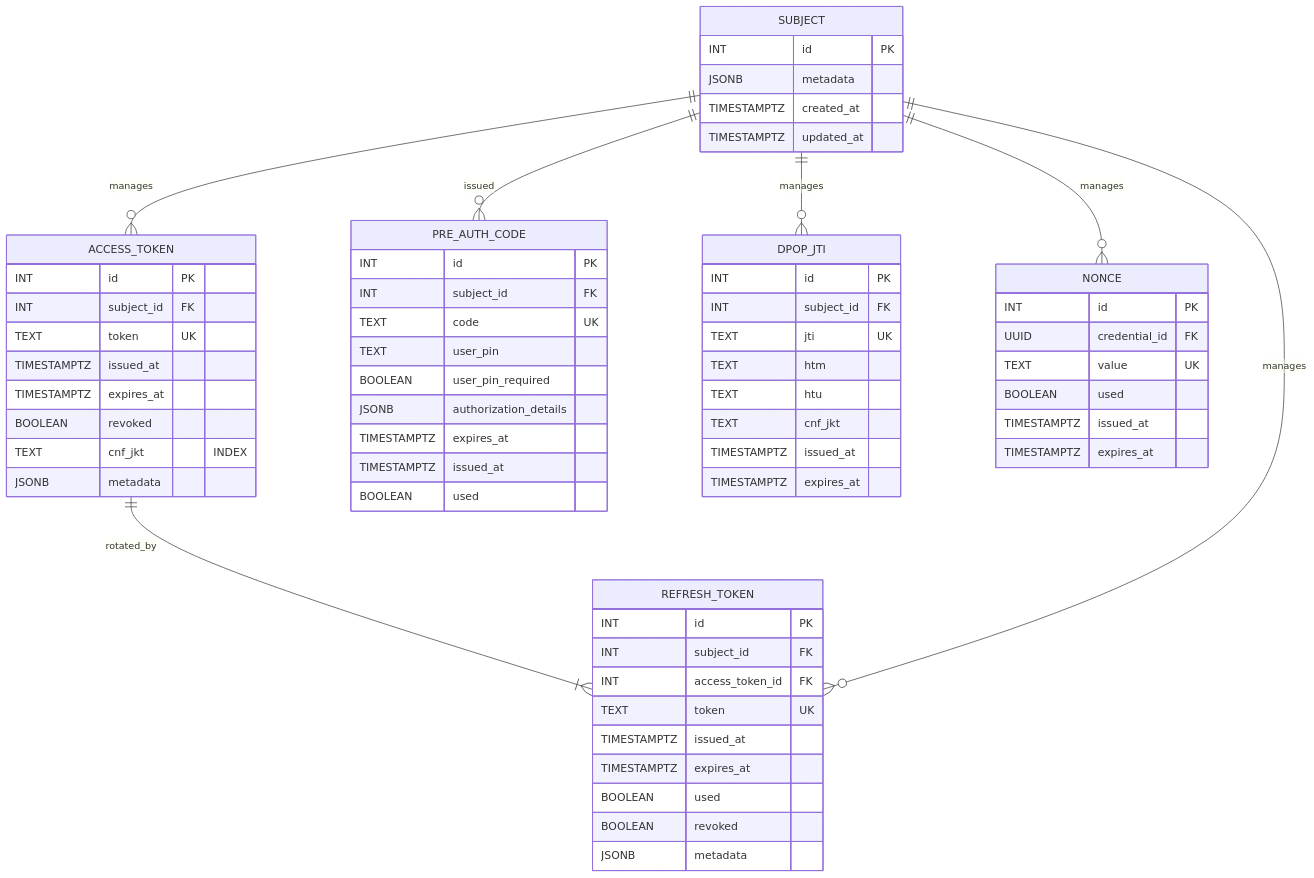
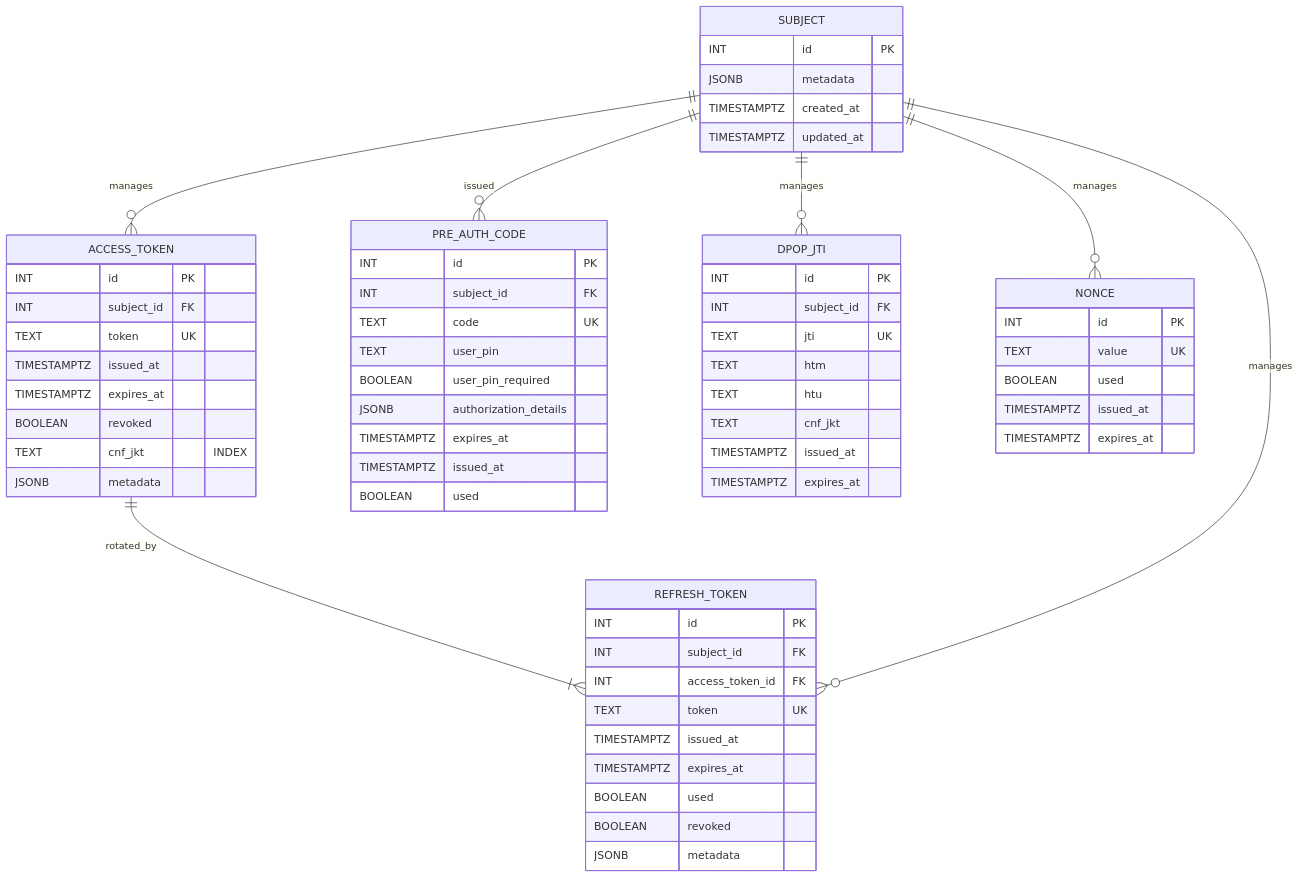
One commit to ongov/aries-acapy-plugins changed the seventh of 7 diagrams in oid4vc/auth_server/docs/auth-server-design.md. Above: the diagram before and after it, drawn with Mermaid. The commit also changed other lines of this file and 25 other files, not shown here.

````diff
--- a/oid4vc/auth_server/docs/auth-server-design.md
+++ b/oid4vc/auth_server/docs/auth-server-design.md
@@ -674,71 +674,70 @@
 ```mermaid
 erDiagram
     ACCESS_TOKEN ||--|{ REFRESH_TOKEN : rotated_by
     SUBJECT ||--o{ PRE_AUTH_CODE : issued
     SUBJECT ||--o{ ACCESS_TOKEN : manages
     SUBJECT ||--o{ REFRESH_TOKEN : manages
     SUBJECT ||--o{ DPOP_JTI : manages
     SUBJECT ||--o{ NONCE : manages
 
     SUBJECT {
         INT id PK
         JSONB metadata
         TIMESTAMPTZ created_at
         TIMESTAMPTZ updated_at
     }
 
     PRE_AUTH_CODE {
         INT id PK
         INT subject_id FK
         TEXT code UK
         TEXT user_pin
         BOOLEAN user_pin_required
         JSONB authorization_details
         TIMESTAMPTZ expires_at
         TIMESTAMPTZ issued_at
         BOOLEAN used
     }
 
     ACCESS_TOKEN {
         INT id PK
         INT subject_id FK
         TEXT token UK
         TIMESTAMPTZ issued_at
         TIMESTAMPTZ expires_at
         BOOLEAN revoked
         TEXT cnf_jkt "INDEX"
         JSONB metadata
     }
 
     REFRESH_TOKEN {
         INT id PK
         INT subject_id FK
         INT access_token_id FK
         TEXT token UK
         TIMESTAMPTZ issued_at
         TIMESTAMPTZ expires_at
         BOOLEAN used
         BOOLEAN revoked
         JSONB metadata
     }
 
     DPOP_JTI {
         INT id PK
         INT subject_id FK
         TEXT jti UK
         TEXT htm
         TEXT htu
         TEXT cnf_jkt
         TIMESTAMPTZ issued_at
         TIMESTAMPTZ expires_at
     }
 
     NONCE {
         INT id PK
-        UUID credential_id FK
         TEXT value UK
         BOOLEAN used
         TIMESTAMPTZ issued_at
         TIMESTAMPTZ expires_at
     }
 ```
````
